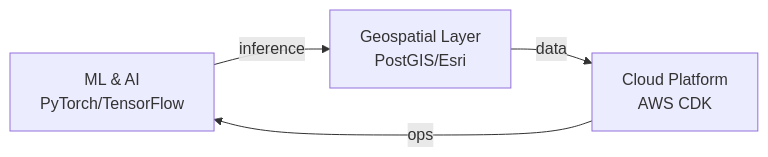
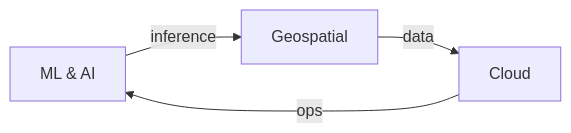
Before and after one commit to DBishal13/dbishal13: the diagram in README.md, drawn with Mermaid. The commit also changed other lines of this file, not shown here.

````diff
--- a/README.md
+++ b/README.md
@@ -29,6 +12,6 @@
 ```mermaid
 graph LR
-    A["ML & AI<br/>PyTorch/TensorFlow"] -->|inference| B["Geospatial Layer<br/>PostGIS/Esri"]
-    B -->|data| C["Cloud Platform<br/>AWS CDK"]
+    A["ML & AI"] -->|inference| B["Geospatial"]
+    B -->|data| C["Cloud"]
     C -->|ops| A
 ```
````
